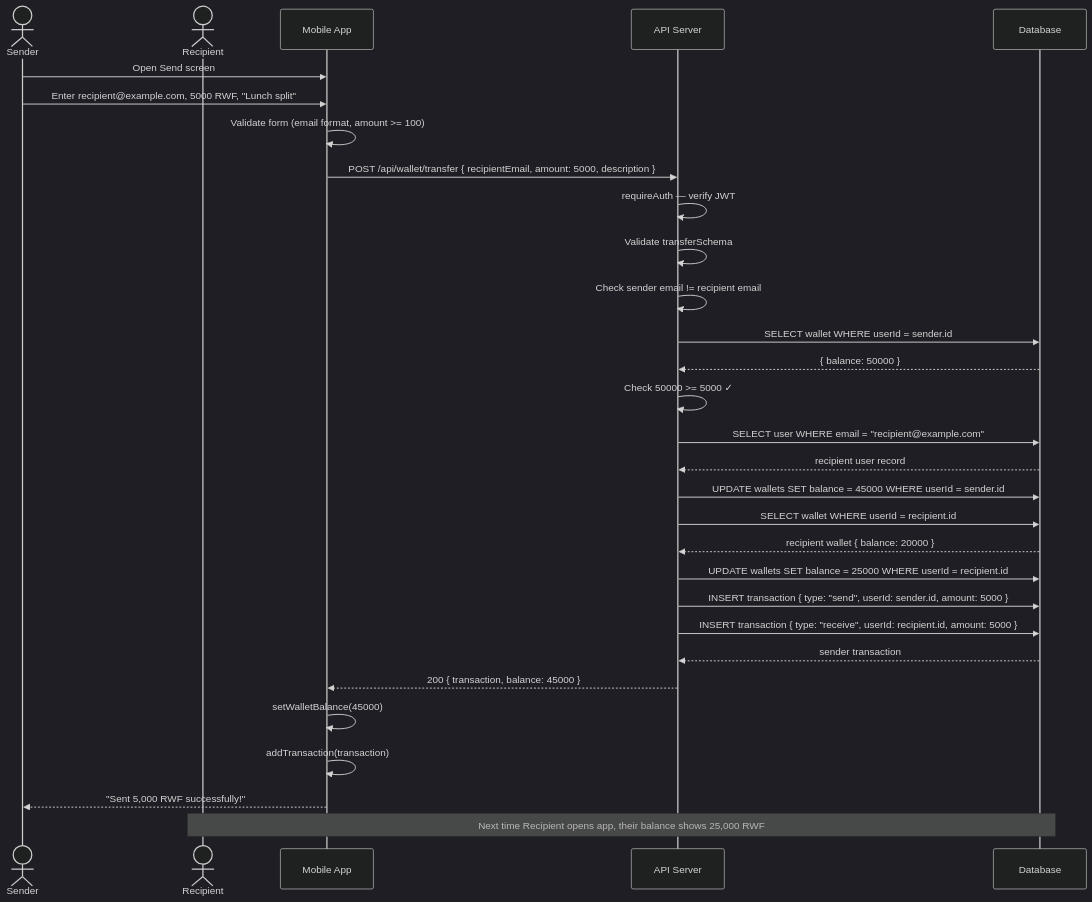
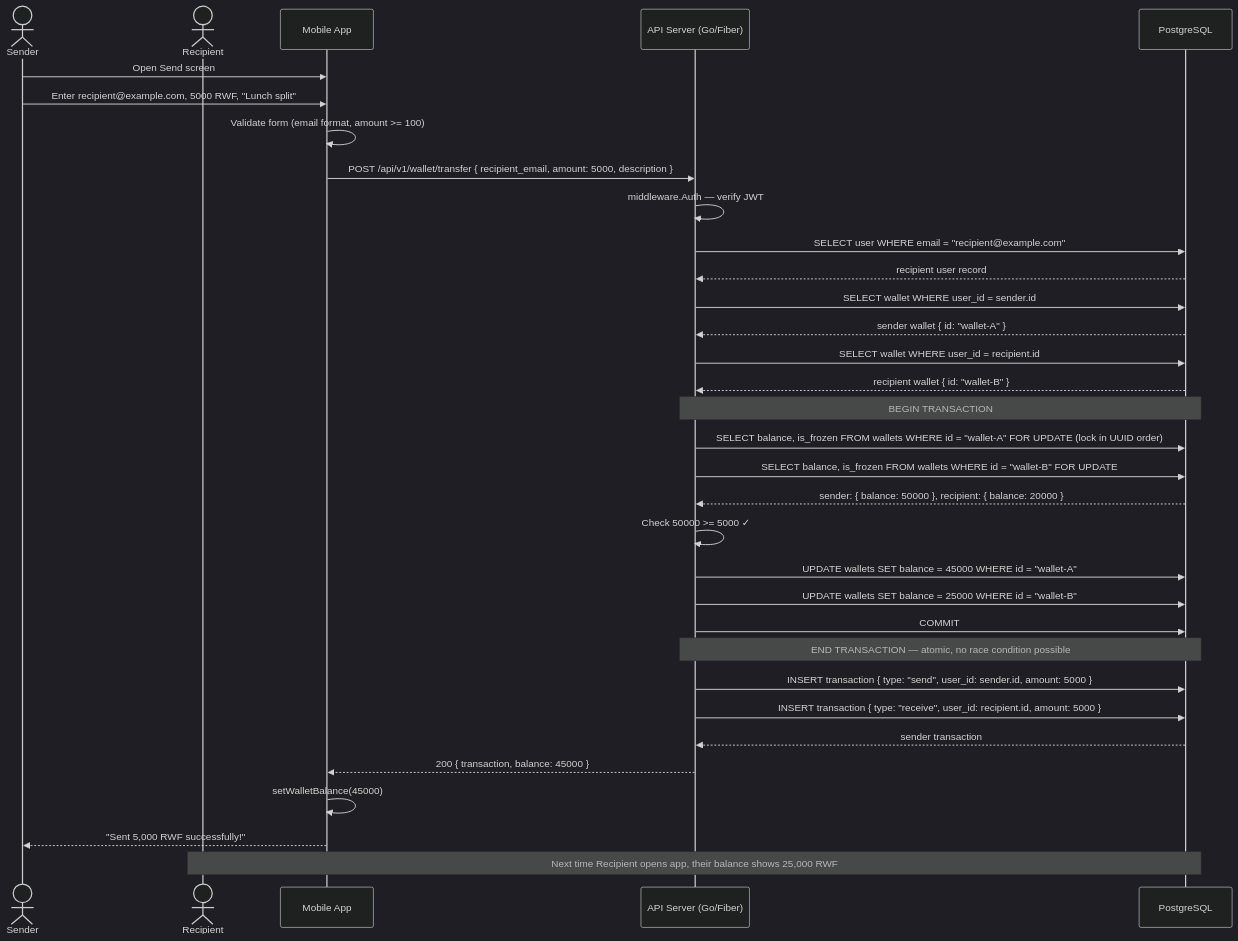
Before and after one commit to pac-cee/Rwanda_Pay: the sixth of 7 diagrams in docs/03-uml-diagrams.md, drawn with Mermaid (dark theme). The commit also changed other lines of this file, not shown here.

Commit message:
uml_diagrams

````diff
--- a/docs/03-uml-diagrams.md
+++ b/docs/03-uml-diagrams.md
@@ -392,33 +363,36 @@
 ```mermaid
 sequenceDiagram
     actor S as Sender
     actor R as Recipient
     participant App as Mobile App
-    participant API as API Server
-    participant DB as Database
+    participant API as API Server (Go/Fiber)
+    participant DB as PostgreSQL
 
     S->>App: Open Send screen
     S->>App: Enter recipient@example.com, 5000 RWF, "Lunch split"
     App->>App: Validate form (email format, amount >= 100)
-    App->>API: POST /api/wallet/transfer { recipientEmail, amount: 5000, description }
-    API->>API: requireAuth — verify JWT
-    API->>API: Validate transferSchema
-    API->>API: Check sender email != recipient email
-    API->>DB: SELECT wallet WHERE userId = sender.id
-    DB-->>API: { balance: 50000 }
-    API->>API: Check 50000 >= 5000 ✓
+    App->>API: POST /api/v1/wallet/transfer { recipient_email, amount: 5000, description }
+    API->>API: middleware.Auth — verify JWT
     API->>DB: SELECT user WHERE email = "recipient@example.com"
     DB-->>API: recipient user record
-    API->>DB: UPDATE wallets SET balance = 45000 WHERE userId = sender.id
-    API->>DB: SELECT wallet WHERE userId = recipient.id
-    DB-->>API: recipient wallet { balance: 20000 }
-    API->>DB: UPDATE wallets SET balance = 25000 WHERE userId = recipient.id
-    API->>DB: INSERT transaction { type: "send", userId: sender.id, amount: 5000 }
-    API->>DB: INSERT transaction { type: "receive", userId: recipient.id, amount: 5000 }
+    API->>DB: SELECT wallet WHERE user_id = sender.id
+    DB-->>API: sender wallet { id: "wallet-A" }
+    API->>DB: SELECT wallet WHERE user_id = recipient.id
+    DB-->>API: recipient wallet { id: "wallet-B" }
+    Note over API,DB: BEGIN TRANSACTION
+    API->>DB: SELECT balance, is_frozen FROM wallets WHERE id = "wallet-A" FOR UPDATE (lock in UUID order)
+    API->>DB: SELECT balance, is_frozen FROM wallets WHERE id = "wallet-B" FOR UPDATE
+    DB-->>API: sender: { balance: 50000 }, recipient: { balance: 20000 }
+    API->>API: Check 50000 >= 5000 ✓
+    API->>DB: UPDATE wallets SET balance = 45000 WHERE id = "wallet-A"
+    API->>DB: UPDATE wallets SET balance = 25000 WHERE id = "wallet-B"
+    API->>DB: COMMIT
+    Note over API,DB: END TRANSACTION — atomic, no race condition possible
+    API->>DB: INSERT transaction { type: "send", user_id: sender.id, amount: 5000 }
+    API->>DB: INSERT transaction { type: "receive", user_id: recipient.id, amount: 5000 }
     DB-->>API: sender transaction
     API-->>App: 200 { transaction, balance: 45000 }
     App->>App: setWalletBalance(45000)
-    App->>App: addTransaction(transaction)
     App-->>S: "Sent 5,000 RWF successfully!"
     Note over DB,R: Next time Recipient opens app, their balance shows 25,000 RWF
 ```
````
